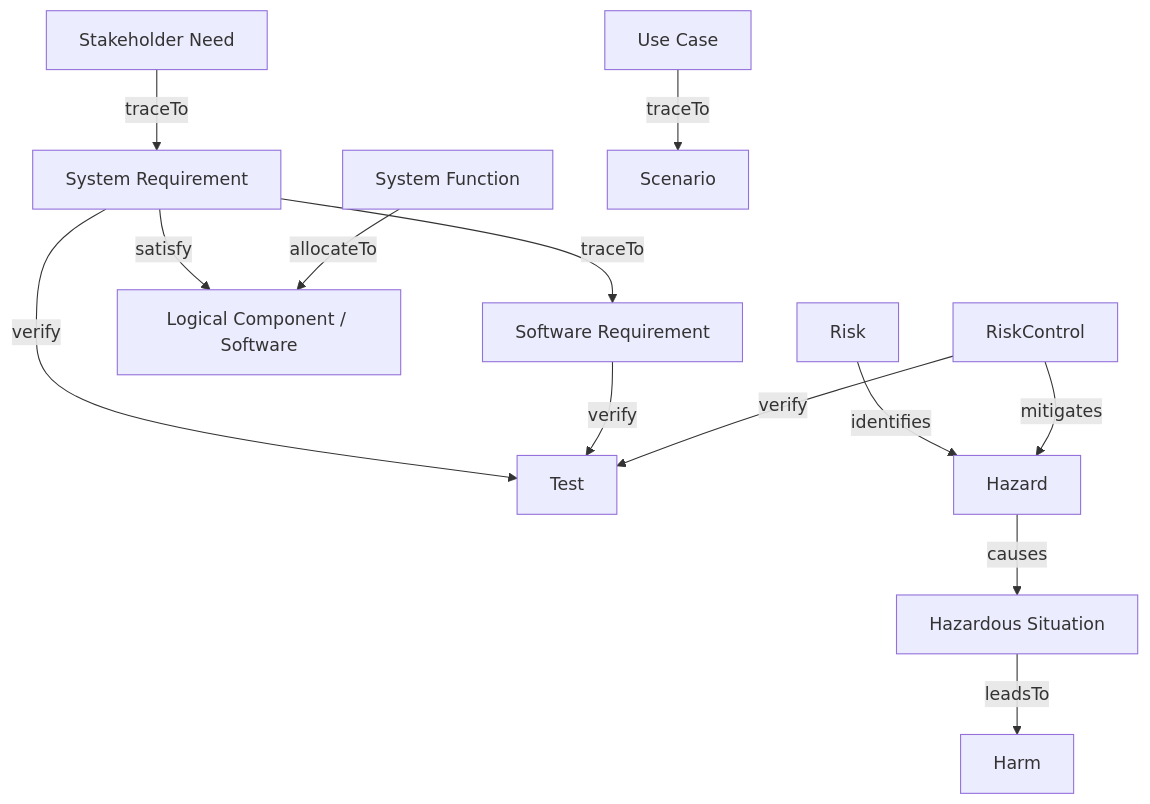
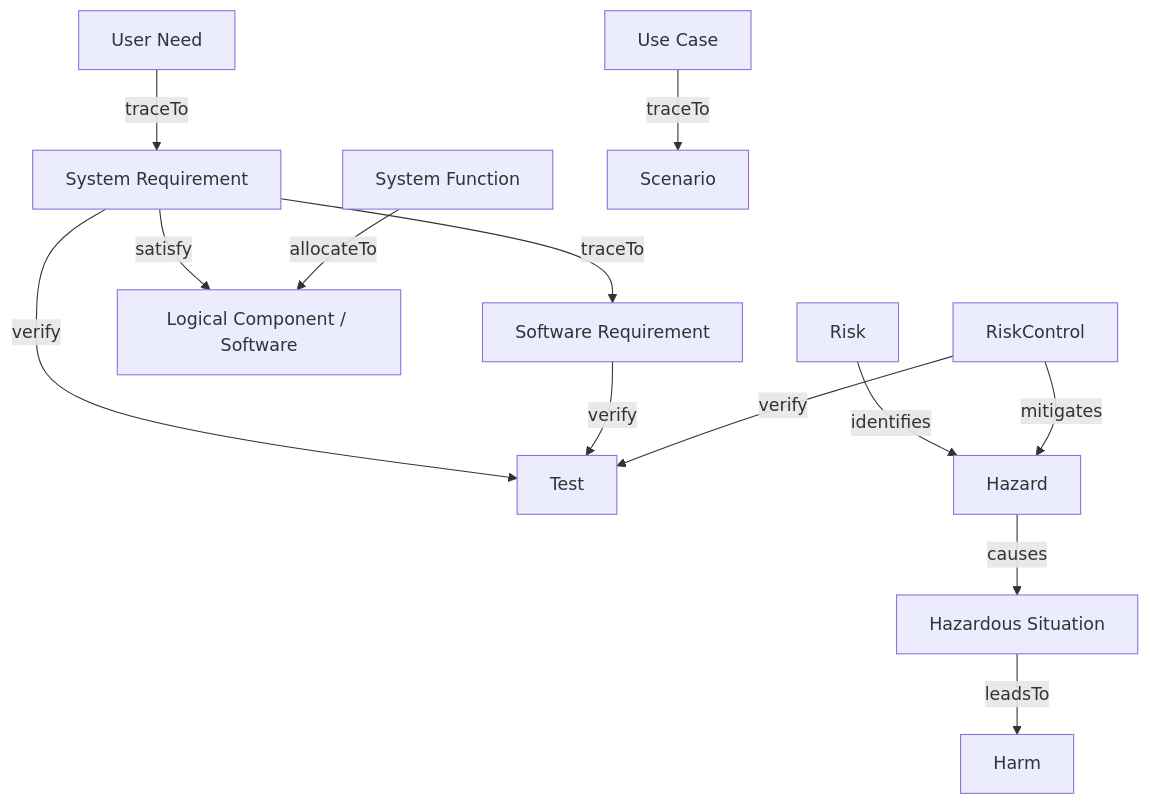
One commit to memoarchitect/memo-architect changed the diagram in docs/guides/modeling-guide.md. Above: the diagram before and after it, drawn with Mermaid. The commit also changed other lines of this file and 11 other files, not shown here.

Commit message:
Restore UserNeed as medical ontology term

````diff
--- a/docs/guides/modeling-guide.md
+++ b/docs/guides/modeling-guide.md
@@ -12,15 +12,15 @@
 ```mermaid
 graph TD
-    UN[Stakeholder Need] -->|traceTo| SR[System Requirement]
+    UN[User Need] -->|traceTo| SR[System Requirement]
     SR -->|traceTo| SwR[Software Requirement]
     SR -->|satisfy| COMP[Logical Component / Software]
     SR -->|verify| TEST[Test]
     SwR -->|verify| TEST
     HAZ[Hazard] -->|causes| HS[Hazardous Situation]
     HS -->|leadsTo| HARM[Harm]
     RISK[Risk] -->|identifies| HAZ
     RC[RiskControl] -->|mitigates| HAZ
     RC -->|verify| TEST
     SF[System Function] -->|allocateTo| COMP
     UC[Use Case] -->|traceTo| SCEN[Scenario]
 ```
````
